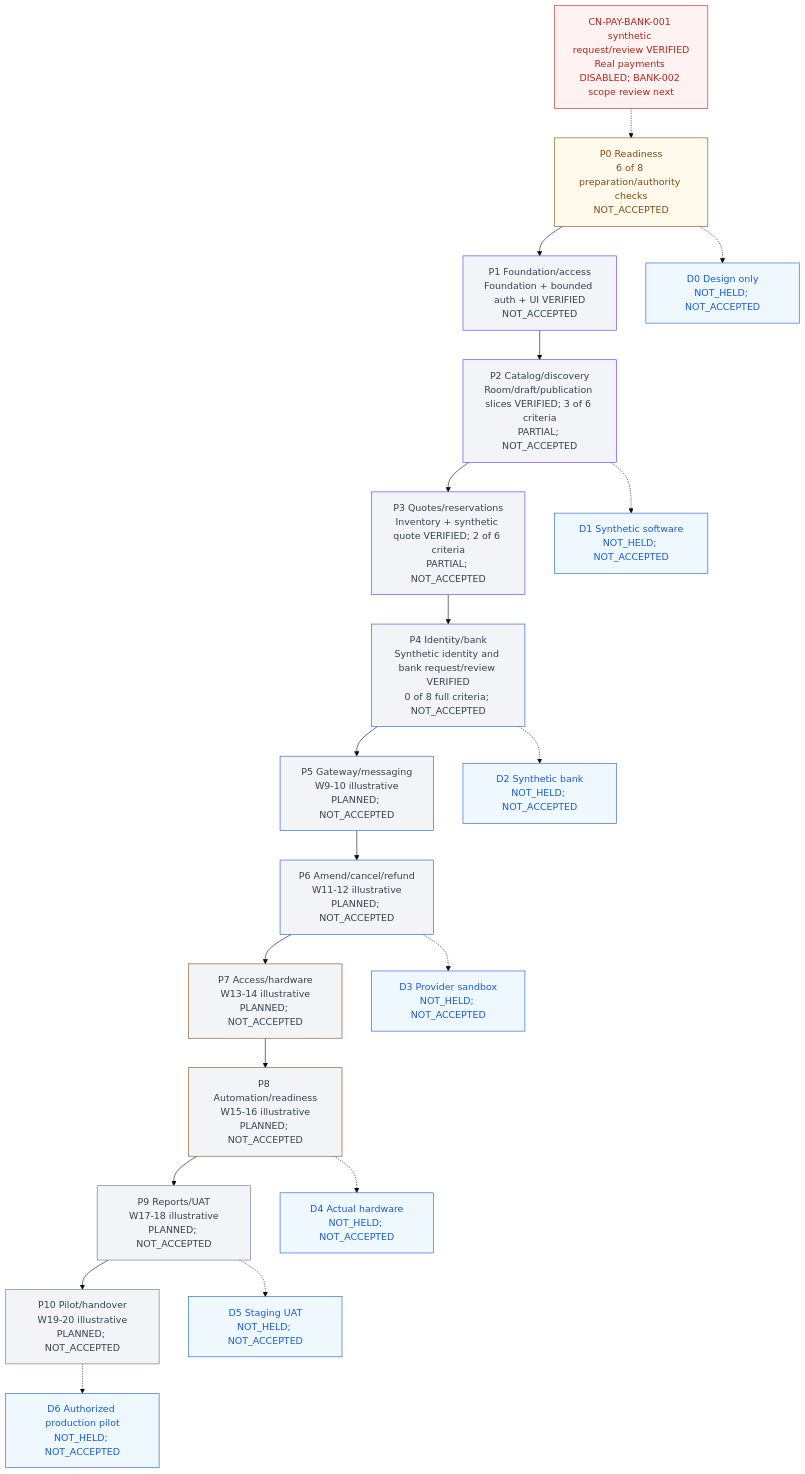
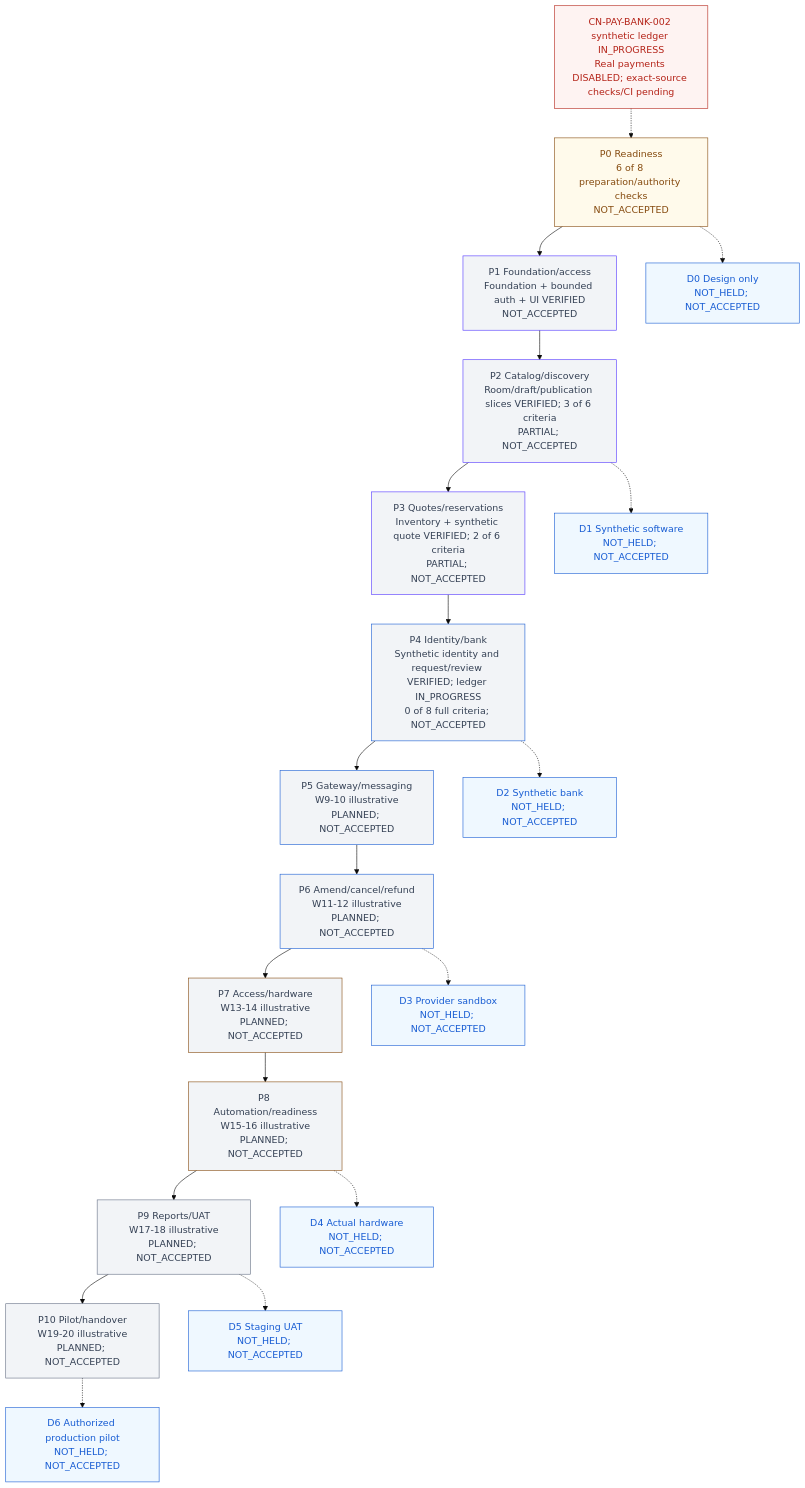
Before and after one commit to Hasitha3513/Theater-Project: the diagram in knowledge/PROGRESS.md, drawn with Mermaid (base theme). The commit also changed other lines of this file and 44 other files, not shown here.

Commit message:
feat(payments): add synthetic credit allocation and guarded booking confirmation

````diff
--- a/knowledge/PROGRESS.md
+++ b/knowledge/PROGRESS.md
@@ -307,45 +309,45 @@
 ```mermaid
 flowchart TB
-  G["CN-PAY-BANK-001 synthetic request/review VERIFIED<br/>Real payments DISABLED; BANK-002 scope review next"]
+  G["CN-PAY-BANK-002 synthetic ledger IN_PROGRESS<br/>Real payments DISABLED; exact-source checks/CI pending"]
   P0["P0 Readiness<br/>6 of 8 preparation/authority checks<br/>NOT_ACCEPTED"]
   P1["P1 Foundation/access<br/>Foundation + bounded auth + UI VERIFIED<br/>NOT_ACCEPTED"]
   P2["P2 Catalog/discovery<br/>Room/draft/publication slices VERIFIED; 3 of 6 criteria<br/>PARTIAL; NOT_ACCEPTED"]
   P3["P3 Quotes/reservations<br/>Inventory + synthetic quote VERIFIED; 2 of 6 criteria<br/>PARTIAL; NOT_ACCEPTED"]
-  P4["P4 Identity/bank<br/>Synthetic identity and bank request/review VERIFIED<br/>0 of 8 full criteria; NOT_ACCEPTED"]
+  P4["P4 Identity/bank<br/>Synthetic identity and request/review VERIFIED; ledger IN_PROGRESS<br/>0 of 8 full criteria; NOT_ACCEPTED"]
   P5["P5 Gateway/messaging<br/>W9-10 illustrative<br/>PLANNED; NOT_ACCEPTED"]
   P6["P6 Amend/cancel/refund<br/>W11-12 illustrative<br/>PLANNED; NOT_ACCEPTED"]
   P7["P7 Access/hardware<br/>W13-14 illustrative<br/>PLANNED; NOT_ACCEPTED"]
   P8["P8 Automation/readiness<br/>W15-16 illustrative<br/>PLANNED; NOT_ACCEPTED"]
   P9["P9 Reports/UAT<br/>W17-18 illustrative<br/>PLANNED; NOT_ACCEPTED"]
   P10["P10 Pilot/handover<br/>W19-20 illustrative<br/>PLANNED; NOT_ACCEPTED"]
   G -.-> P0
   P0 --> P1 --> P2 --> P3 --> P4 --> P5 --> P6 --> P7 --> P8 --> P9 --> P10
   D0["D0 Design only<br/>NOT_HELD; NOT_ACCEPTED"]
   D1["D1 Synthetic software<br/>NOT_HELD; NOT_ACCEPTED"]
   D2["D2 Synthetic bank<br/>NOT_HELD; NOT_ACCEPTED"]
   D3["D3 Provider sandbox<br/>NOT_HELD; NOT_ACCEPTED"]
   D4["D4 Actual hardware<br/>NOT_HELD; NOT_ACCEPTED"]
   D5["D5 Staging UAT<br/>NOT_HELD; NOT_ACCEPTED"]
   D6["D6 Authorized production pilot<br/>NOT_HELD; NOT_ACCEPTED"]
   P0 -.-> D0
   P2 -.-> D1
   P4 -.-> D2
   P6 -.-> D3
   P8 -.-> D4
   P9 -.-> D5
   P10 -.-> D6
   classDef readiness fill:#FFFAEB,color:#854A0E,stroke:#854A0E;
   classDef foundation fill:#F2F4F7,color:#344054,stroke:#5135FF;
   classDef financial fill:#F2F4F7,color:#344054,stroke:#175CD3;
   classDef physical fill:#F2F4F7,color:#344054,stroke:#854A0E;
   classDef release fill:#F2F4F7,color:#344054,stroke:#667085;
   classDef blocked fill:#FEF3F2,color:#B42318,stroke:#B42318;
   classDef demo fill:#EFF8FF,color:#175CD3,stroke:#175CD3;
   class P0 readiness;
   class P1,P2,P3 foundation;
   class P4,P5,P6 financial;
   class P7,P8 physical;
   class P9,P10 release;
   class G blocked;
   class D0,D1,D2,D3,D4,D5,D6 demo;
 ```
````
